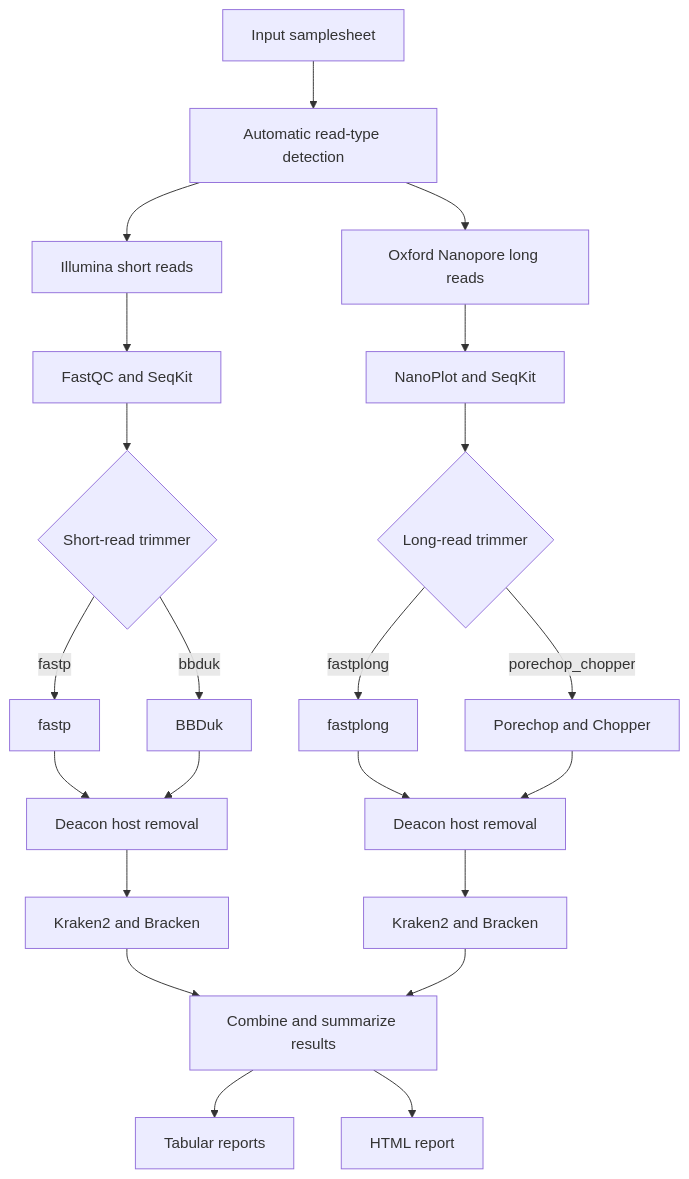
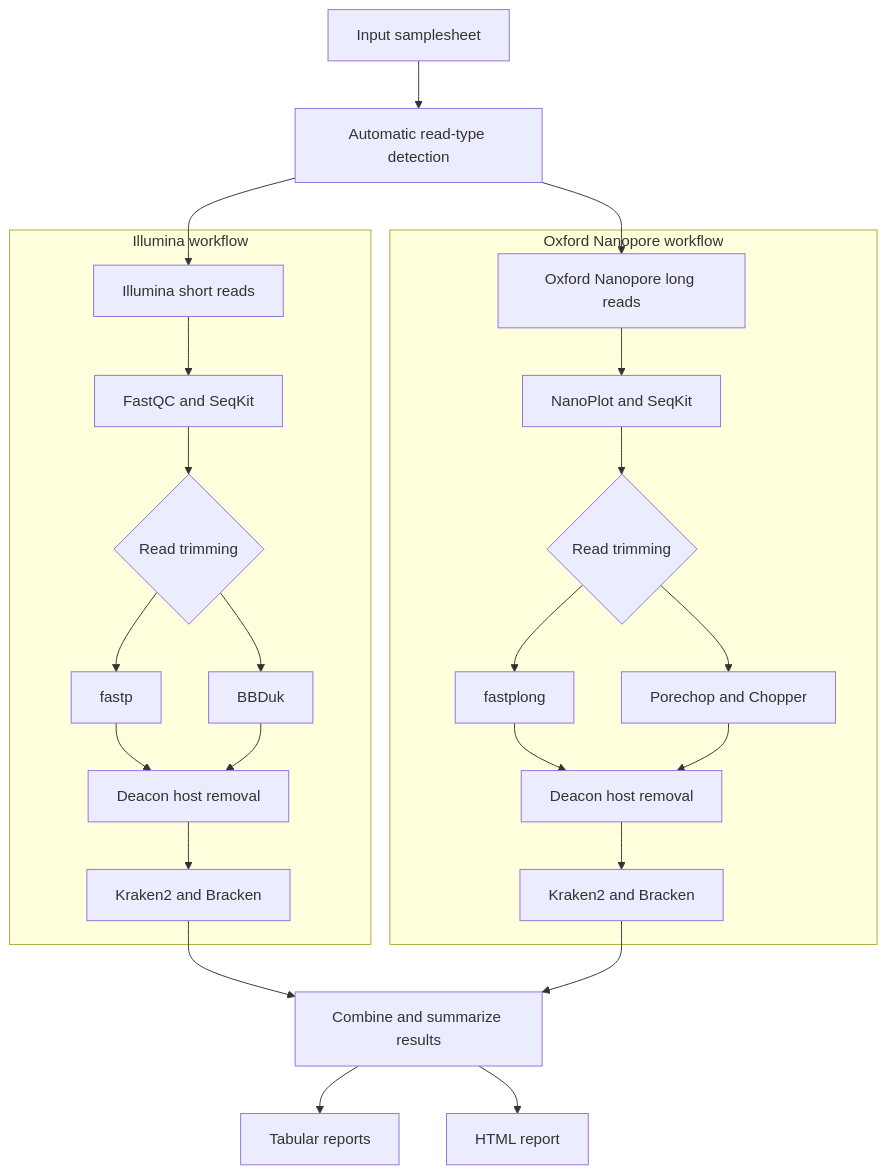
The diagram in README.md (xiaoli-dong/nf-qcflow), drawn with Mermaid before and after one commit.

Commit message:
Refactor workflow diagrams for clarity

````diff
--- a/README.md
+++ b/README.md
@@ -15,30 +15,34 @@
 ```mermaid
 flowchart TD
     A["Input samplesheet"] --> B["Automatic read-type detection"]
 
     B --> C["Illumina short reads"]
     B --> D["Oxford Nanopore long reads"]
 
-    C --> E["FastQC and SeqKit"]
-    E --> F{"Short-read trimmer"}
-    F -->|fastp| G["fastp"]
-    F -->|bbduk| H["BBDuk"]
+    subgraph SHORT["Illumina workflow"]
+        C --> E["FastQC and SeqKit"]
+        E --> F{"Read trimming"}
+        F --> G["fastp"]
+        F --> H["BBDuk"]
+        G --> I["Deacon host removal"]
+        H --> I
+        I --> J["Kraken2 and Bracken"]
+    end
 
-    D --> I["NanoPlot and SeqKit"]
-    I --> J{"Long-read trimmer"}
-    J -->|fastplong| K["fastplong"]
-    J -->|porechop_chopper| L["Porechop and Chopper"]
+    subgraph LONG["Oxford Nanopore workflow"]
+        D --> K["NanoPlot and SeqKit"]
+        K --> L{"Read trimming"}
+        L --> M["fastplong"]
+        L --> N["Porechop and Chopper"]
+        M --> O["Deacon host removal"]
+        N --> O
+        O --> P["Kraken2 and Bracken"]
+    end
 
-    G --> M["Deacon host removal"]
-    H --> M
-    K --> N["Deacon host removal"]
-    L --> N
+    J --> Q["Combine and summarize results"]
+    P --> Q
 
-    M --> O["Kraken2 and Bracken"]
-    N --> P["Kraken2 and Bracken"]
-
-    O --> Q["Combine and summarize results"]
-    P --> Q
     Q --> R["Tabular reports"]
     Q --> S["HTML report"]
+
 ```
````
